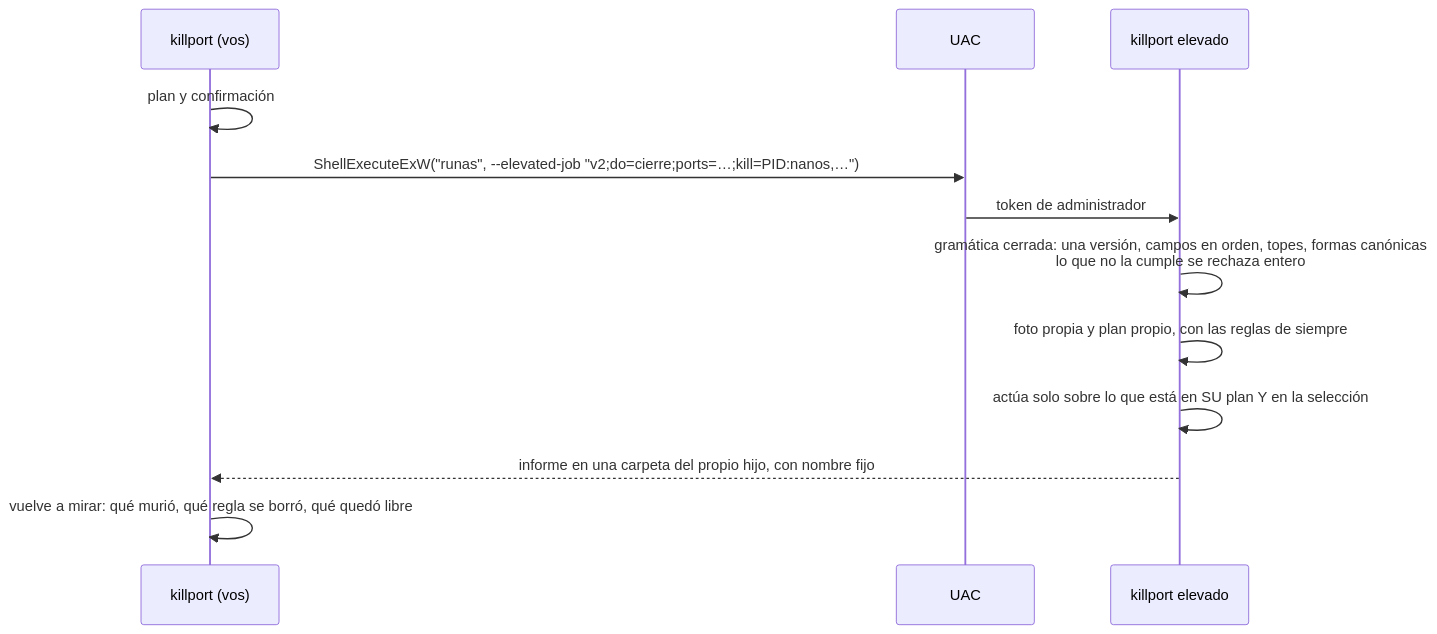
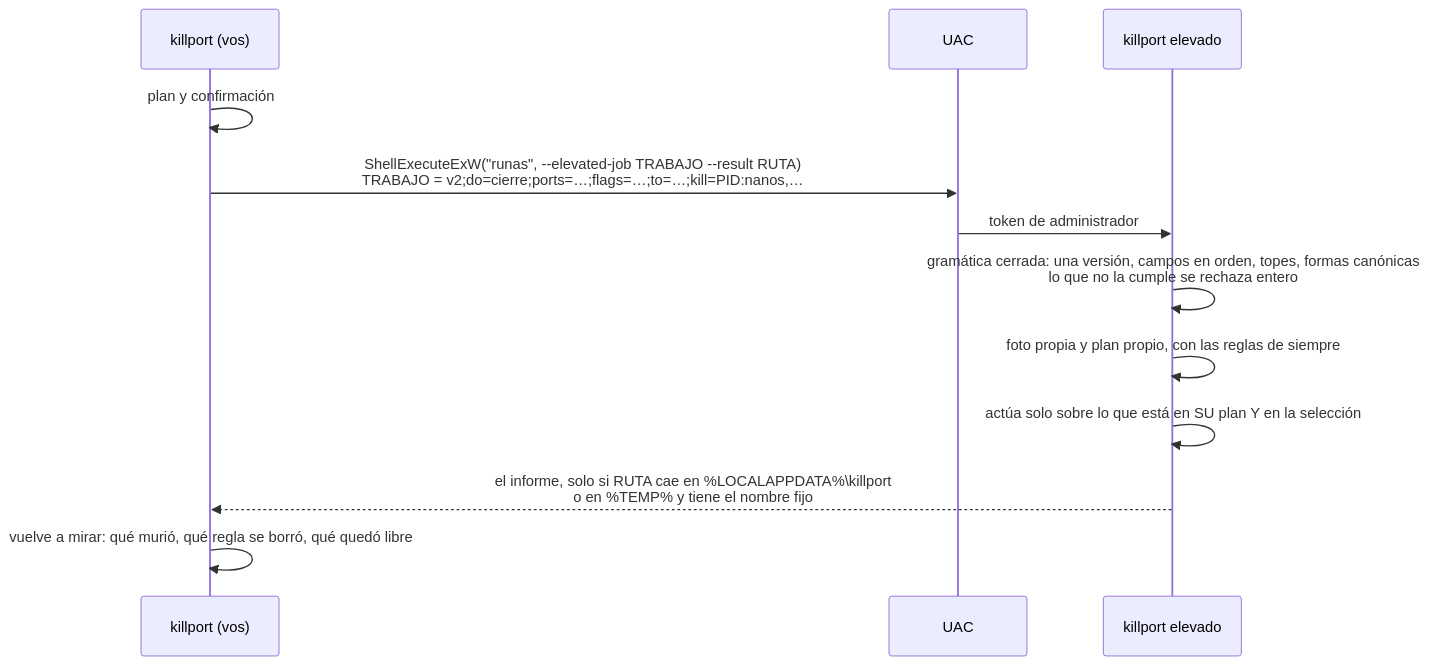
Before and after one commit to agustinyarrus/killport: the sixth of 6 diagrams in README.md, drawn with Mermaid. The commit also changed other lines of this file and 5 other files, not shown here.

````diff
--- a/README.md
+++ b/README.md
@@ -732,14 +739,14 @@
 ```mermaid
 sequenceDiagram
     participant P as killport (vos)
     participant U as UAC
     participant E as killport elevado
     P->>P: plan y confirmación
-    P->>U: ShellExecuteExW("runas", --elevated-job "v2#59;do=cierre#59;ports=…#59;kill=PID:nanos,…")
+    P->>U: ShellExecuteExW("runas", --elevated-job TRABAJO --result RUTA)<br/>TRABAJO = v2#59;do=cierre#59;ports=…#59;flags=…#59;to=…#59;kill=PID:nanos,…
     U->>E: token de administrador
     E->>E: gramática cerrada: una versión, campos en orden, topes, formas canónicas<br/>lo que no la cumple se rechaza entero
     E->>E: foto propia y plan propio, con las reglas de siempre
     E->>E: actúa solo sobre lo que está en SU plan Y en la selección
-    E-->>P: informe en una carpeta del propio hijo, con nombre fijo
+    E-->>P: el informe, solo si RUTA cae en %LOCALAPPDATA%\killport<br/>o en %TEMP% y tiene el nombre fijo
     P->>P: vuelve a mirar: qué murió, qué regla se borró, qué quedó libre
 ```
````
